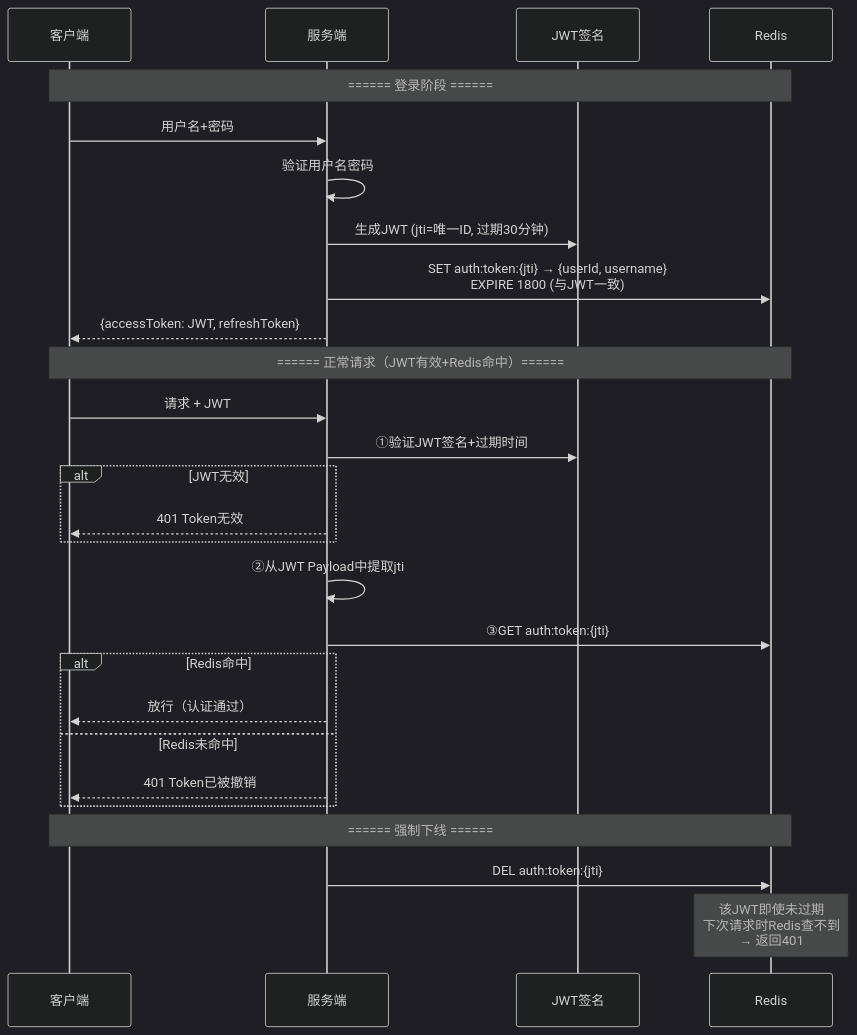
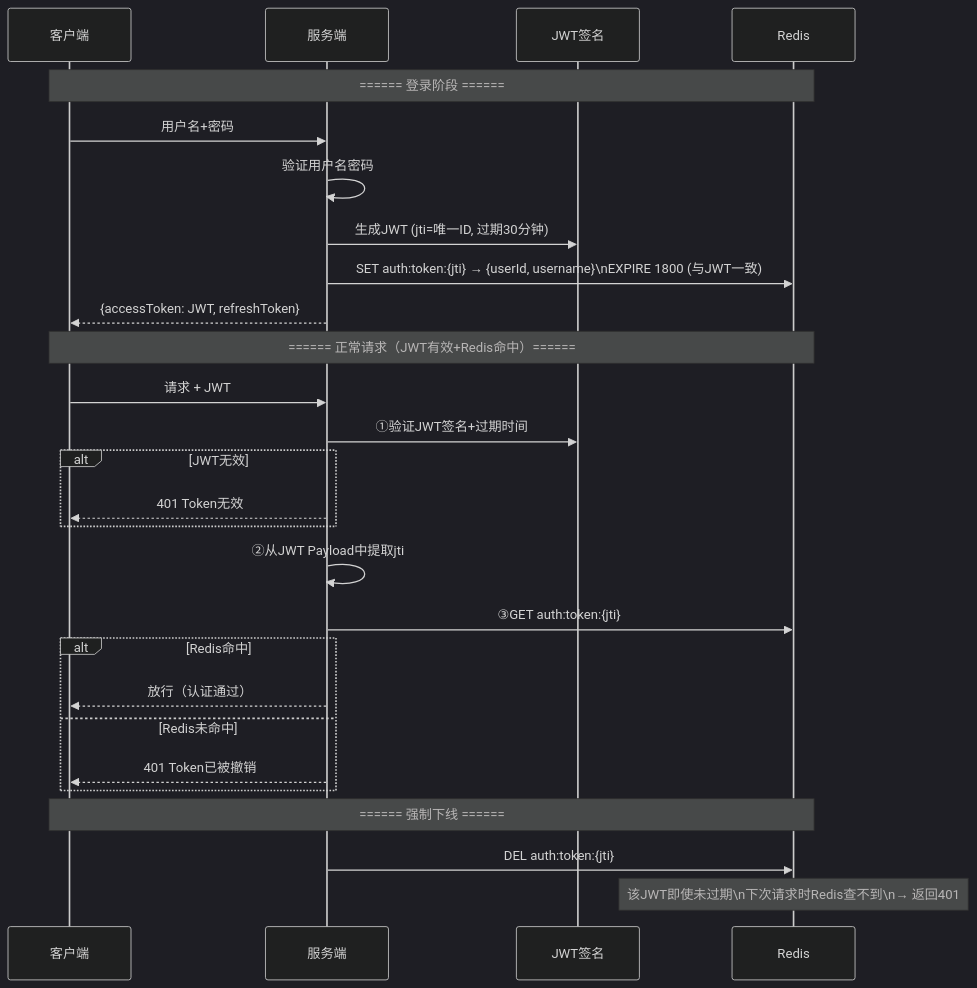
The third of 8 diagrams in content/posts/springsecurity/JwtRedisHybridAuth.md (yaocat55/yaocat55.github.io), drawn with Mermaid (dark theme) before and after one commit. The commit also changed other lines of this file and 155 other files, not shown here.

````diff
--- a/content/posts/springsecurity/JwtRedisHybridAuth.md
+++ b/content/posts/springsecurity/JwtRedisHybridAuth.md
@@ -156,32 +156,32 @@
 ```mermaid
 sequenceDiagram
     participant C as 客户端
     participant S as 服务端
     participant J as JWT签名
     participant R as Redis
 
     Note over C,R: ====== 登录阶段 ======
     C->>S: 用户名+密码
     S->>S: 验证用户名密码
     S->>J: 生成JWT (jti=唯一ID, 过期30分钟)
-    S->>R: SET auth:token:{jti} → {userId, username}<br/>EXPIRE 1800 (与JWT一致)
+    S->>R: SET auth:token:{jti} → {userId, username}\nEXPIRE 1800 (与JWT一致)
     S-->>C: {accessToken: JWT, refreshToken}
 
     Note over C,R: ====== 正常请求（JWT有效+Redis命中）======
     C->>S: 请求 + JWT
     S->>J: ①验证JWT签名+过期时间
     alt JWT无效
         S-->>C: 401 Token无效
     end
     S->>S: ②从JWT Payload中提取jti
     S->>R: ③GET auth:token:{jti}
     alt Redis命中
         S-->>C: 放行（认证通过）
     else Redis未命中
         S-->>C: 401 Token已被撤销
     end
 
     Note over C,R: ====== 强制下线 ======
     S->>R: DEL auth:token:{jti}
-    Note over R: 该JWT即使未过期<br/>下次请求时Redis查不到<br/>→ 返回401
+    Note over R: 该JWT即使未过期\n下次请求时Redis查不到\n→ 返回401
 ```
````
